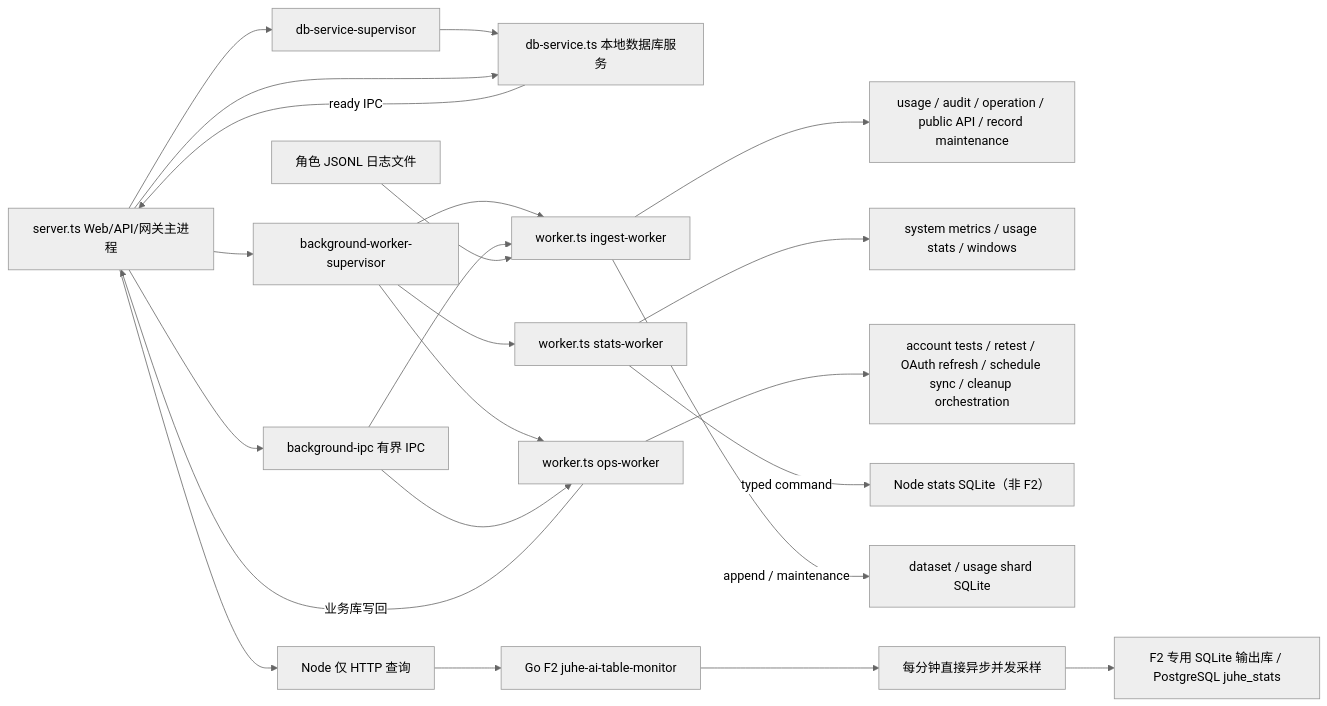
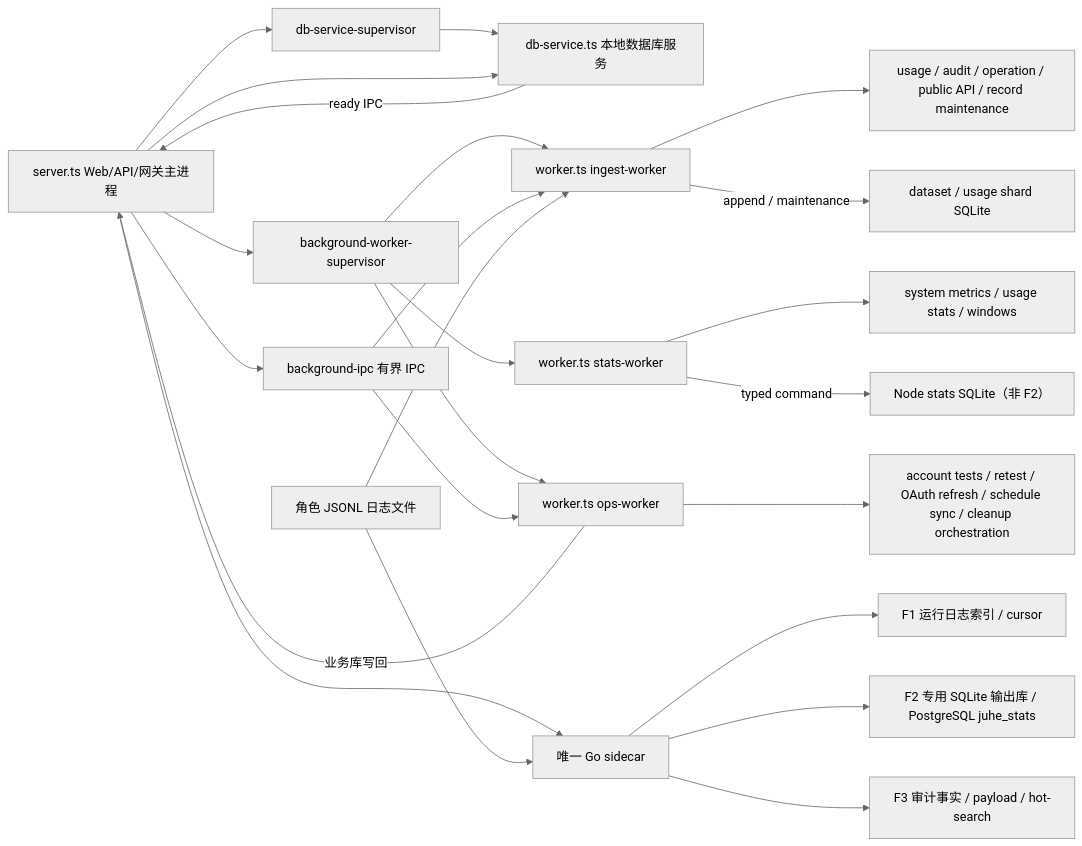
One commit to huanmin123/juhe-ai changed the diagram in docs/architecture/backend/后台任务使用说明.md. Above: the diagram before and after it, drawn with Mermaid (neutral theme). The commit also changed other lines of this file and 73 other files, not shown here.

````diff
--- a/docs/architecture/backend/后台任务使用说明.md
+++ b/docs/architecture/backend/后台任务使用说明.md
@@ -21,25 +20,26 @@
 ```mermaid
 flowchart LR
   Server["server.ts Web/API/网关主进程"] --> DbSupervisor["db-service-supervisor"]
   DbSupervisor --> DbService["db-service.ts 本地数据库服务"]
   DbService -- "ready IPC" --> Server
   Server --> Supervisor["background-worker-supervisor"]
   Supervisor --> Ingest["worker.ts ingest-worker"]
   Supervisor --> Stats["worker.ts stats-worker"]
   Supervisor --> Ops["worker.ts ops-worker"]
   Server --> IPC["background-ipc 有界 IPC"]
   IPC --> Ingest
   IPC --> Ops
   Ingest --> IngestQueues["usage / audit / operation / public API / record maintenance"]
   LogFiles["角色 JSONL 日志文件"] --> Ingest
   Stats --> StatsJobs["system metrics / usage stats / windows"]
   Ops --> OpsJobs["account tests / retest / OAuth refresh / schedule sync / cleanup orchestration"]
   Stats -- "typed command" --> StatsSQLite["Node stats SQLite（非 F2）"]
   Ingest -- "append / maintenance" --> DatasetSQLite["dataset / usage shard SQLite"]
   Ops -- "业务库写回" --> Server
   Server --> DbService
-  Server --> F2Read["Node 仅 HTTP 查询"]
-  F2Read --> GoF2["Go F2 juhe-ai-table-monitor"]
-  GoF2 --> F2Sample["每分钟直接异步并发采样"]
-  F2Sample --> F2Store["F2 专用 SQLite 输出库 / PostgreSQL juhe_stats"]
+  Server --> GoSidecar["唯一 Go sidecar"]
+  LogFiles --> GoSidecar
+  GoSidecar --> F1Store["F1 运行日志索引 / cursor"]
+  GoSidecar --> F2Store["F2 专用 SQLite 输出库 / PostgreSQL juhe_stats"]
+  GoSidecar --> F3Store["F3 审计事实 / payload / hot-search"]
 ```
````
